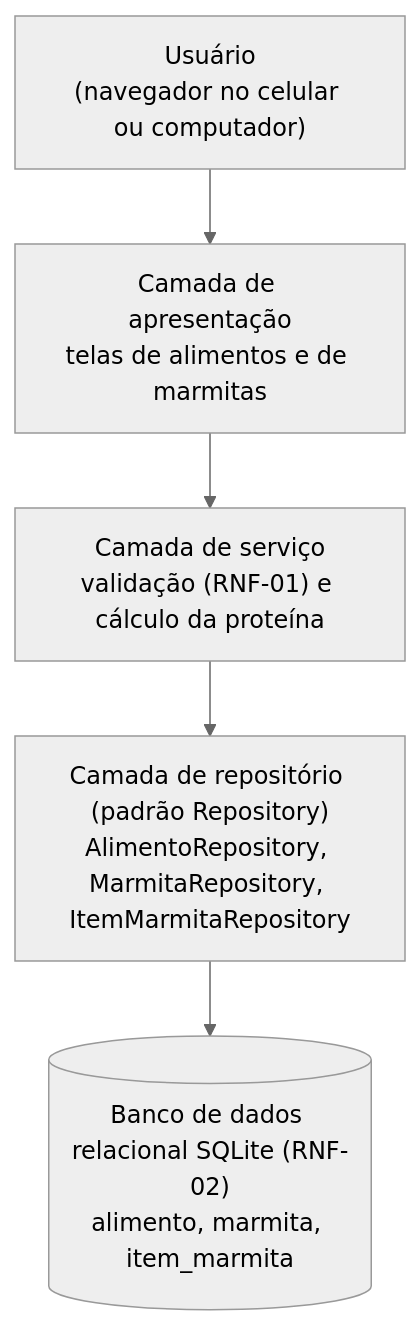
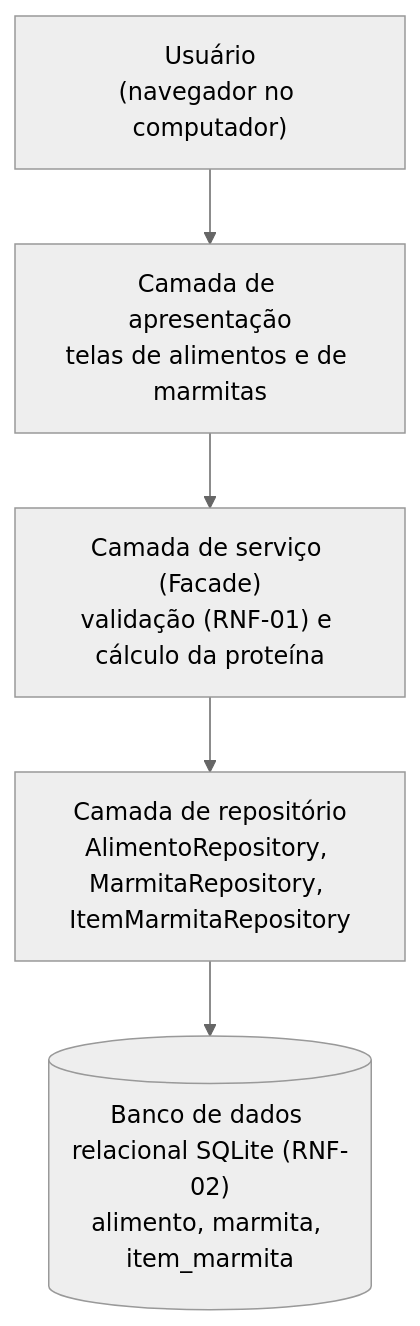
One commit to JoaoViniciusLT/Trabalho_Petroski changed the diagram in docs/arquitetura.md. Above: the diagram before and after it, drawn with Mermaid (neutral theme). The commit also changed 1 other file, not shown here.

Commit message:
Correção do diagrama para Facade e celular

````diff
--- a/docs/arquitetura.md
+++ b/docs/arquitetura.md
@@ -11,13 +11,13 @@
 ```mermaid
 flowchart TD
-    U["Usuário<br/>(navegador no celular ou computador)"]
+    U["Usuário<br/>(navegador no computador)"]
     A["Camada de apresentação<br/>telas de alimentos e de marmitas"]
-    S["Camada de serviço<br/>validação (RNF-01) e cálculo da proteína"]
-    R["Camada de repositório (padrão Repository)<br/>AlimentoRepository, MarmitaRepository, ItemMarmitaRepository"]
+    S["Camada de serviço (Facade)<br/>validação (RNF-01) e cálculo da proteína"]
+    R["Camada de repositório<br/>AlimentoRepository, MarmitaRepository, ItemMarmitaRepository"]
     B[("Banco de dados relacional SQLite (RNF-02)<br/>alimento, marmita, item_marmita")]
 
     U --> A
     A --> S
     S --> R
     R --> B
 ```
````
